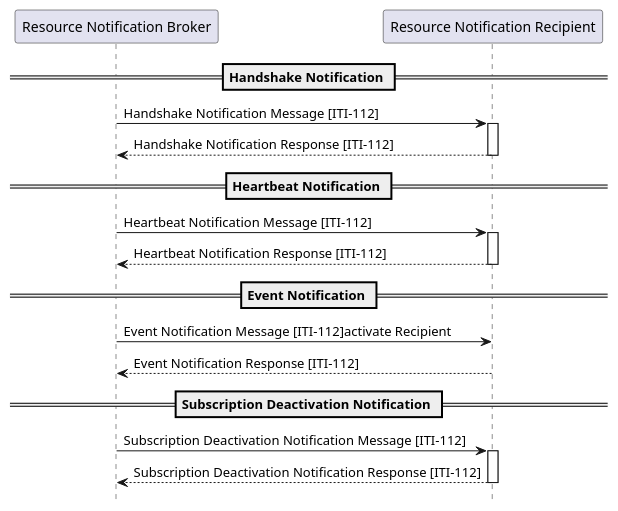
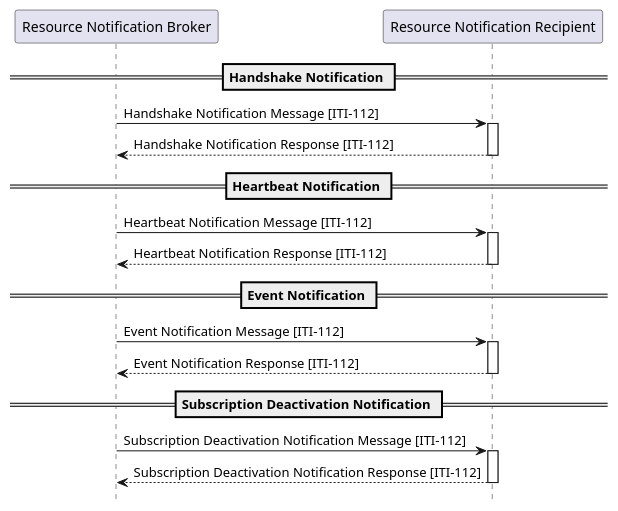
Before and after one commit to IHE/ITI.DSUBm: the diagram in input/images-source/ITI-112-Notification-seq.plantuml, drawn with PlantUML. The commit also changed 1 other file, not shown here.

```diff
--- a/input/images-source/ITI-112-Notification-seq.plantuml
+++ b/input/images-source/ITI-112-Notification-seq.plantuml
@@ -1,30 +1,31 @@
 @startuml
 hide footbox
 
 participant "Resource Notification Broker" as  Broker
 participant "Resource Notification Recipient" as  Recipient
 
 == Handshake Notification ==
 Broker -> Recipient :  Handshake Notification Message [ITI-112]
 activate Recipient
 Recipient --> Broker :  Handshake Notification Response [ITI-112]
 deactivate Recipient
 
 == Heartbeat Notification ==
 Broker -> Recipient :  Heartbeat Notification Message [ITI-112]
 activate Recipient
 Recipient --> Broker :  Heartbeat Notification Response [ITI-112]
 deactivate Recipient
 
 == Event Notification ==
-Broker -> Recipient :  Event Notification Message [ITI-112]activate Recipient
+Broker -> Recipient :  Event Notification Message [ITI-112]
+activate Recipient
 Recipient --> Broker :  Event Notification Response [ITI-112]
 deactivate Recipient
 
 == Subscription Deactivation Notification ==
 Broker -> Recipient :  Subscription Deactivation Notification Message [ITI-112]
 activate Recipient
 Recipient --> Broker :  Subscription Deactivation Notification Response [ITI-112]
 deactivate Recipient
 
 @enduml
```
